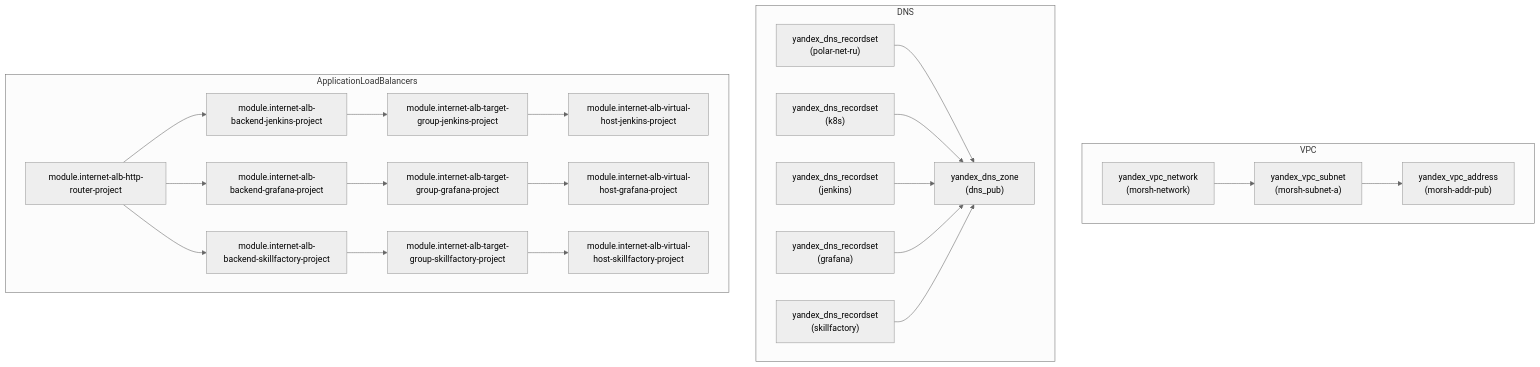
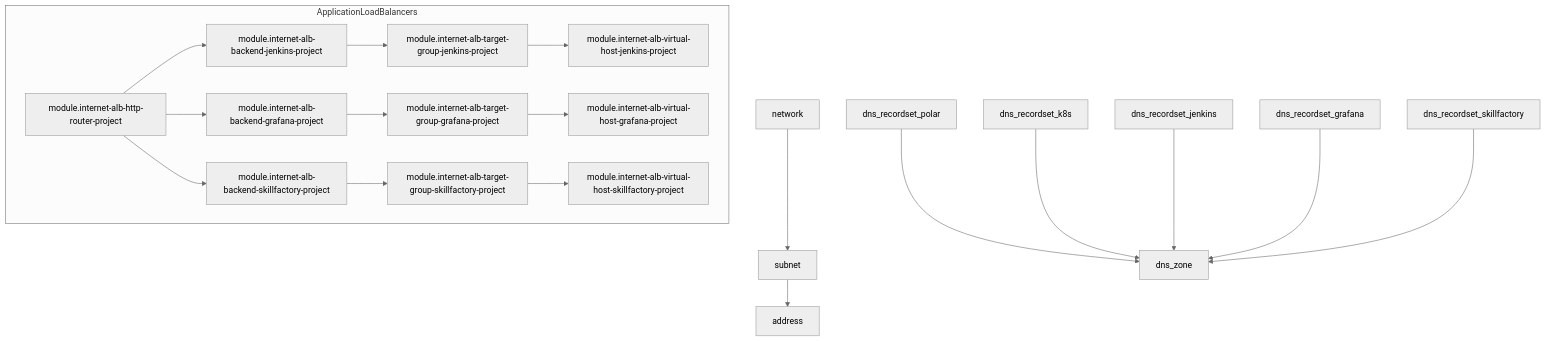
One commit to Morshimus/SkillFactory-Diploma-Work changed the third of 4 diagrams in README.md. Above: the diagram before and after it, drawn with Mermaid (neutral theme).

````diff
--- a/README.md
+++ b/README.md
@@ -13,54 +38,40 @@
 ```mermaid
+
 graph TD
-
-subgraph VPC
-    network["yandex_vpc_network<br/>(morsh-network)"]
-    subnet["yandex_vpc_subnet<br/>(morsh-subnet-a)"]
-    address["yandex_vpc_address<br/>(morsh-addr-pub)"]
-end
-
-subgraph DNS
-    dns_zone["yandex_dns_zone<br/>(dns_pub)"]
-    dns_recordset_polar["yandex_dns_recordset<br/>(polar-net-ru)"]
-    dns_recordset_k8s["yandex_dns_recordset<br/>(k8s)"]
-    dns_recordset_jenkins["yandex_dns_recordset<br/>(jenkins)"]
-    dns_recordset_grafana["yandex_dns_recordset<br/>(grafana)"]
-    dns_recordset_skillfactory["yandex_dns_recordset<br/>(skillfactory)"]
-end
 
 subgraph ApplicationLoadBalancers
     http_router["module.internet-alb-http-router-project"]
     backend_jenkins["module.internet-alb-backend-jenkins-project"]
     backend_grafana["module.internet-alb-backend-grafana-project"]
     backend_skillfactory["module.internet-alb-backend-skillfactory-project"]
     target_group_jenkins["module.internet-alb-target-group-jenkins-project"]
     target_group_grafana["module.internet-alb-target-group-grafana-project"]
     target_group_skillfactory["module.internet-alb-target-group-skillfactory-project"]
     virtual_host_jenkins["module.internet-alb-virtual-host-jenkins-project"]
     virtual_host_grafana["module.internet-alb-virtual-host-grafana-project"]
     virtual_host_skillfactory["module.internet-alb-virtual-host-skillfactory-project"]
 end
 
 network --> subnet
 subnet --> address
 
 dns_zone
 dns_recordset_polar --> dns_zone
 dns_recordset_k8s --> dns_zone
 dns_recordset_jenkins --> dns_zone
 dns_recordset_grafana --> dns_zone
 dns_recordset_skillfactory --> dns_zone
 
 http_router --> backend_jenkins
 http_router --> backend_grafana
 http_router --> backend_skillfactory
 
 backend_jenkins --> target_group_jenkins
 backend_grafana --> target_group_grafana
 backend_skillfactory --> target_group_skillfactory
 
 target_group_jenkins --> virtual_host_jenkins
 target_group_grafana --> virtual_host_grafana
 target_group_skillfactory --> virtual_host_skillfactory
 
 ```
````
